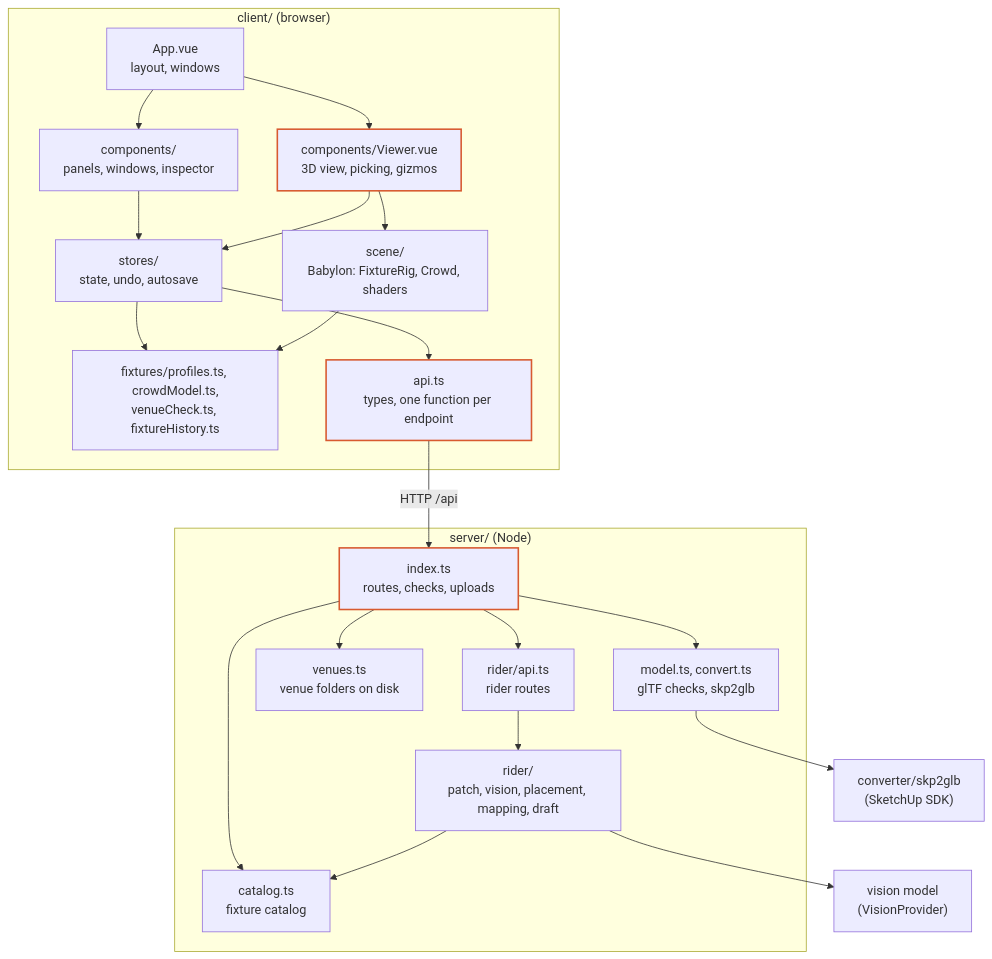
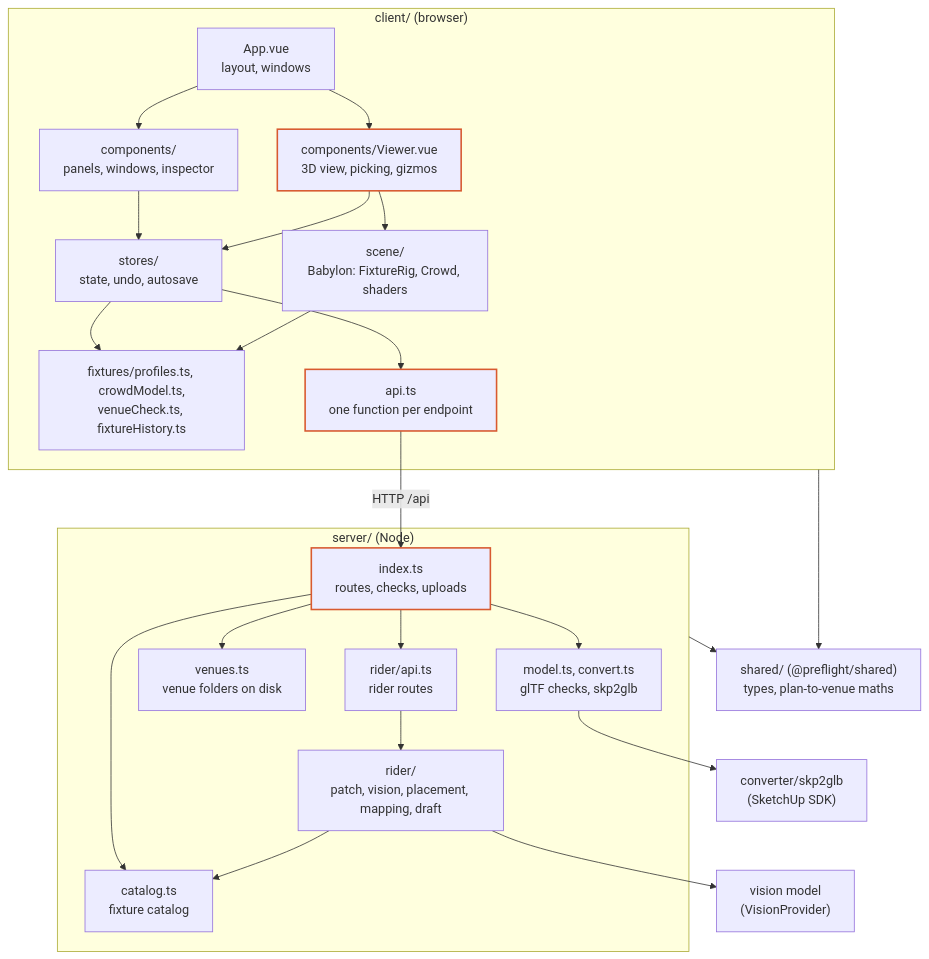
Before and after one commit to Keyes/preflight: the diagram in docs/architecture.md, drawn with Mermaid. The commit also changed other lines of this file and 3 other files, not shown here.

Commit message:
Describe the shared workspace in the architecture and engineering docs, the README and CONTRIBUTING

````diff
--- a/docs/architecture.md
+++ b/docs/architecture.md
@@ -7,35 +7,36 @@
 ```mermaid
 flowchart TB
   subgraph client["client/ (browser)"]
     App["App.vue<br/>layout, windows"]
     UI["components/<br/>panels, windows, inspector"]
     Viewer["components/Viewer.vue<br/>3D view, picking, gizmos"]
     Stores["stores/<br/>state, undo, autosave"]
     Scene["scene/<br/>Babylon: FixtureRig, Crowd, shaders"]
     Domain["fixtures/profiles.ts, crowdModel.ts,<br/>venueCheck.ts, fixtureHistory.ts"]
-    Api["api.ts<br/>types, one function per endpoint"]
+    Api["api.ts<br/>one function per endpoint"]
   end
   subgraph server["server/ (Node)"]
     Index["index.ts<br/>routes, checks, uploads"]
     RiderApi["rider/api.ts<br/>rider routes"]
     Pipeline["rider/<br/>patch, vision, placement, mapping, draft"]
     Venues["venues.ts<br/>venue folders on disk"]
     Model["model.ts, convert.ts<br/>glTF checks, skp2glb"]
     Catalog["catalog.ts<br/>fixture catalog"]
   end
   App --> UI & Viewer
   UI --> Stores
   Viewer --> Stores
   Viewer --> Scene
   Stores --> Domain
   Stores --> Api
   Scene --> Domain
   Api -- "HTTP /api" --> Index
   Index --> RiderApi --> Pipeline
   Index --> Venues & Model & Catalog
   Pipeline --> Catalog
   Pipeline --> Vision["vision model<br/>(VisionProvider)"]
   Model --> Converter["converter/skp2glb<br/>(SketchUp SDK)"]
+  client & server --> Shared["shared/ (@preflight/shared)<br/>types, plan-to-venue maths"]
   classDef hotspot stroke:#d85a30,stroke-width:2px
   class Viewer,Api,Index hotspot
 ```
````
